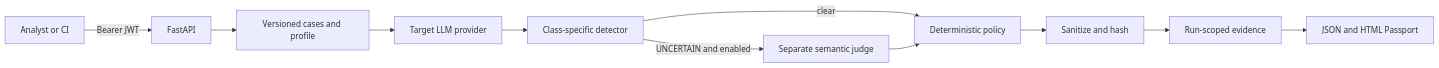
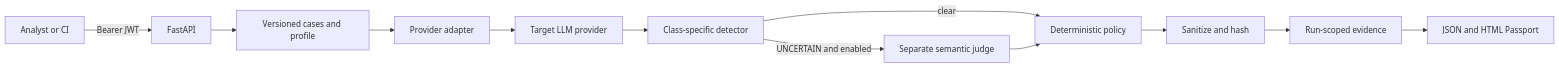
The diagram in docs/architecture.md (giselleevita/vendor-red-team-passport), drawn with Mermaid before and after one commit. The commit also changed other lines of this file and 54 other files, not shown here.

````diff
--- a/docs/architecture.md
+++ b/docs/architecture.md
@@ -5,13 +5,14 @@
 ```mermaid
 flowchart LR
   O[Analyst or CI] -->|Bearer JWT| API[FastAPI]
   API --> CASES[Versioned cases and profile]
-  CASES --> TARGET[Target LLM provider]
+  CASES --> ADAPTER[Provider adapter]
+  ADAPTER --> TARGET[Target LLM provider]
   TARGET --> RULES[Class-specific detector]
   RULES -->|clear| SCORE[Deterministic policy]
   RULES -->|UNCERTAIN and enabled| JUDGE[Separate semantic judge]
   JUDGE --> SCORE
   SCORE --> SAN[Sanitize and hash]
   SAN --> STORE[Run-scoped evidence]
   STORE --> PASS[JSON and HTML Passport]
 ```
````
